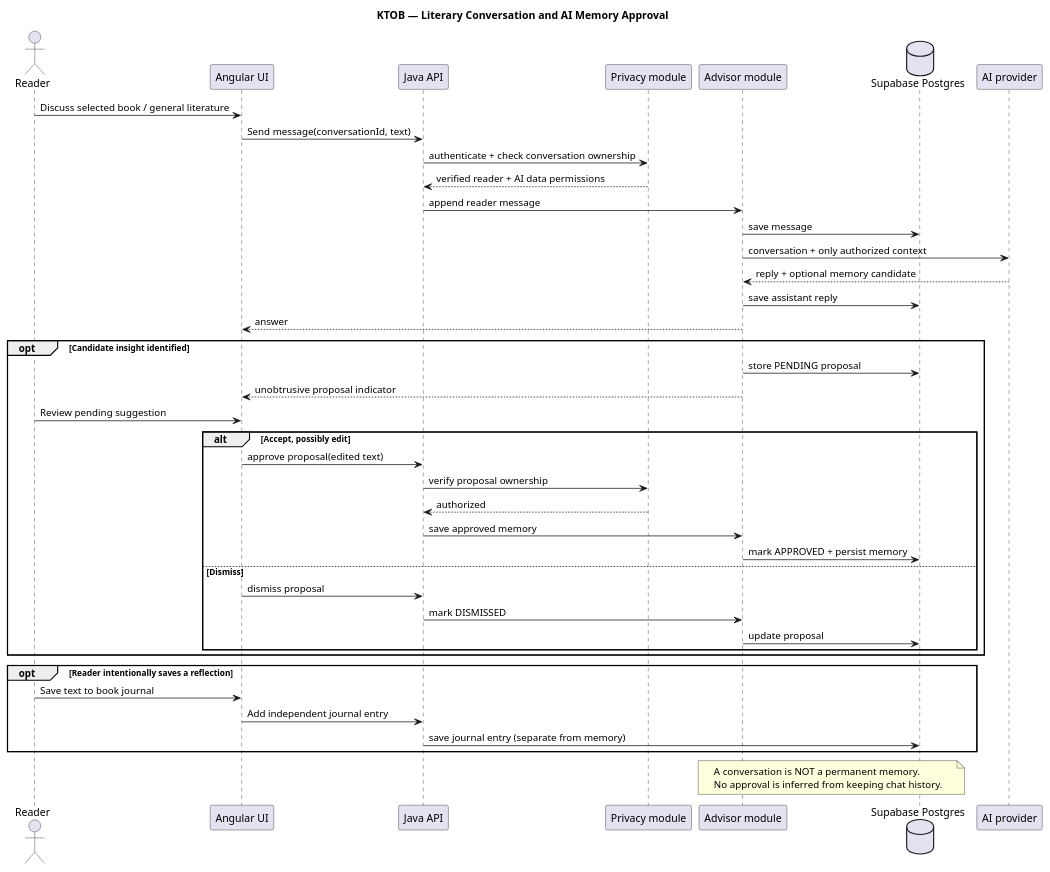
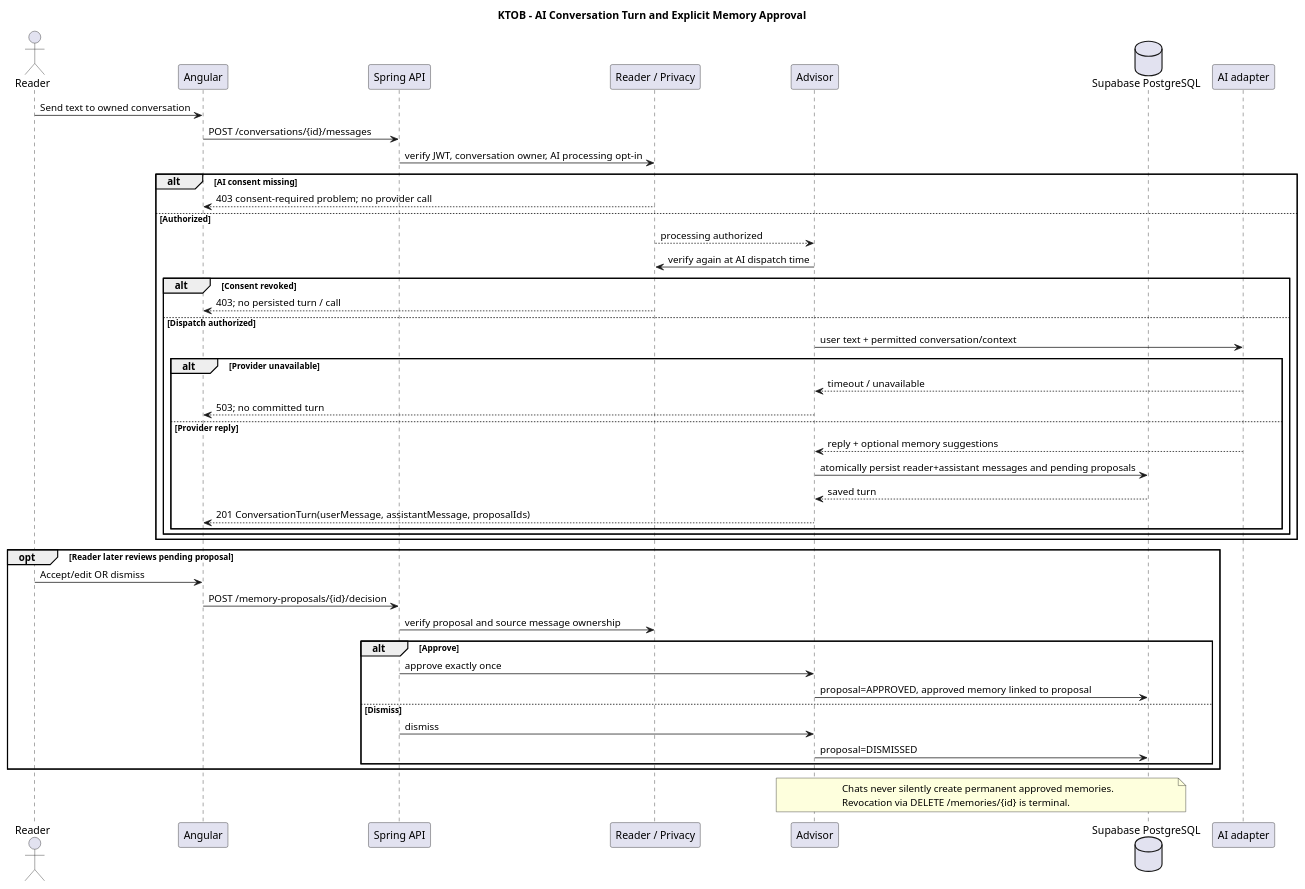
The diagram in docs/uml/10-sequence-memory.puml (Adam-BArbia/ktob-literary-companion), drawn with PlantUML before and after one commit. The commit also changed 15 other files, not shown here.

Commit message:
docs(uml): reconcile consent, reading, ownership, offers and export across 16 diagrams

```diff
--- a/docs/uml/10-sequence-memory.puml
+++ b/docs/uml/10-sequence-memory.puml
@@ -1,45 +1,49 @@
 @startuml KTOB_10_sequence_memory
-title KTOB — Literary Conversation and AI Memory Approval
+title KTOB - AI Conversation Turn and Explicit Memory Approval
 actor Reader
-participant "Angular UI" as UI
-participant "Java API" as API
-participant "Privacy module" as Privacy
-participant "Advisor module" as Advisor
-database "Supabase Postgres" as DB
-participant "AI provider" as AI
-Reader -> UI : Discuss selected book / general literature
-UI -> API : Send message(conversationId, text)
-API -> Privacy : authenticate + check conversation ownership
-Privacy --> API : verified reader + AI data permissions
-API -> Advisor : append reader message
-Advisor -> DB : save message
-Advisor -> AI : conversation + only authorized context
-AI --> Advisor : reply + optional memory candidate
-Advisor -> DB : save assistant reply
-Advisor --> UI : answer
-opt Candidate insight identified
- Advisor -> DB : store PENDING proposal
- Advisor --> UI : unobtrusive proposal indicator
- Reader -> UI : Review pending suggestion
- alt Accept, possibly edit
-  UI -> API : approve proposal(edited text)
-  API -> Privacy : verify proposal ownership
-  Privacy --> API : authorized
-  API -> Advisor : save approved memory
-  Advisor -> DB : mark APPROVED + persist memory
- else Dismiss
-  UI -> API : dismiss proposal
-  API -> Advisor : mark DISMISSED
-  Advisor -> DB : update proposal
+participant "Angular" as UI
+participant "Spring API" as API
+participant "Reader / Privacy" as Privacy
+participant "Advisor" as Advisor
+database "Supabase PostgreSQL" as DB
+participant "AI adapter" as AI
+Reader -> UI : Send text to owned conversation
+UI -> API : POST /conversations/{id}/messages
+API -> Privacy : verify JWT, conversation owner, AI processing opt-in
+alt AI consent missing
+ Privacy --> UI : 403 consent-required problem; no provider call
+else Authorized
+ Privacy --> Advisor : processing authorized
+ Advisor -> Privacy : verify again at AI dispatch time
+ alt Consent revoked
+  Privacy --> UI : 403; no persisted turn / call
+ else Dispatch authorized
+  Advisor -> AI : user text + permitted conversation/context
+  alt Provider unavailable
+   AI --> Advisor : timeout / unavailable
+   Advisor --> UI : 503; no committed turn
+  else Provider reply
+   AI --> Advisor : reply + optional memory suggestions
+   Advisor -> DB : atomically persist reader+assistant messages and pending proposals
+   DB --> Advisor : saved turn
+   Advisor --> UI : 201 ConversationTurn(userMessage, assistantMessage, proposalIds)
+  end
  end
 end
-opt Reader intentionally saves a reflection
- Reader -> UI : Save text to book journal
- UI -> API : Add independent journal entry
- API -> DB : save journal entry (separate from memory)
+opt Reader later reviews pending proposal
+ Reader -> UI : Accept/edit OR dismiss
+ UI -> API : POST /memory-proposals/{id}/decision
+ API -> Privacy : verify proposal and source message ownership
+ alt Approve
+  API -> Advisor : approve exactly once
+  Advisor -> DB : proposal=APPROVED, approved memory linked to proposal
+ else Dismiss
+  API -> Advisor : dismiss
+  Advisor -> DB : proposal=DISMISSED
+ end
 end
 note over Advisor,DB
-A conversation is NOT a permanent memory.
-No approval is inferred from keeping chat history.
+Chats never silently create permanent approved memories.
+Revocation via DELETE /memories/{id} is terminal.
 end note
 @enduml
```
